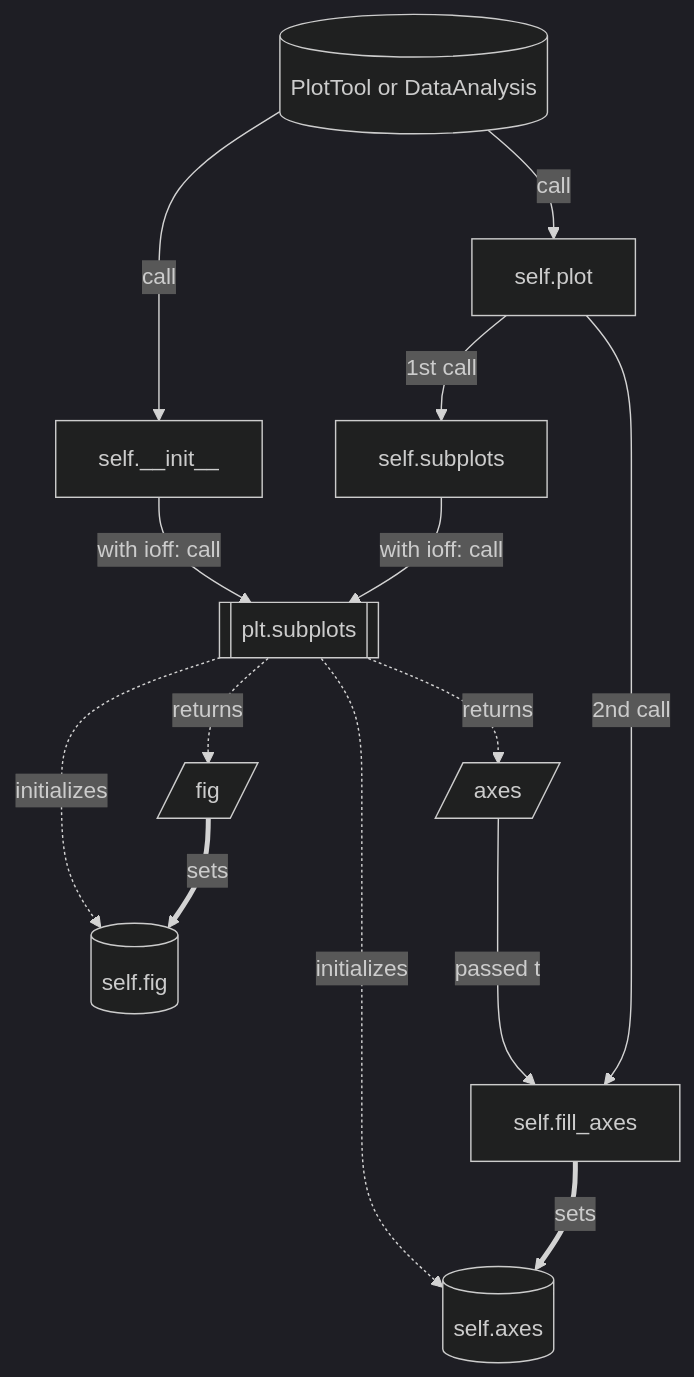
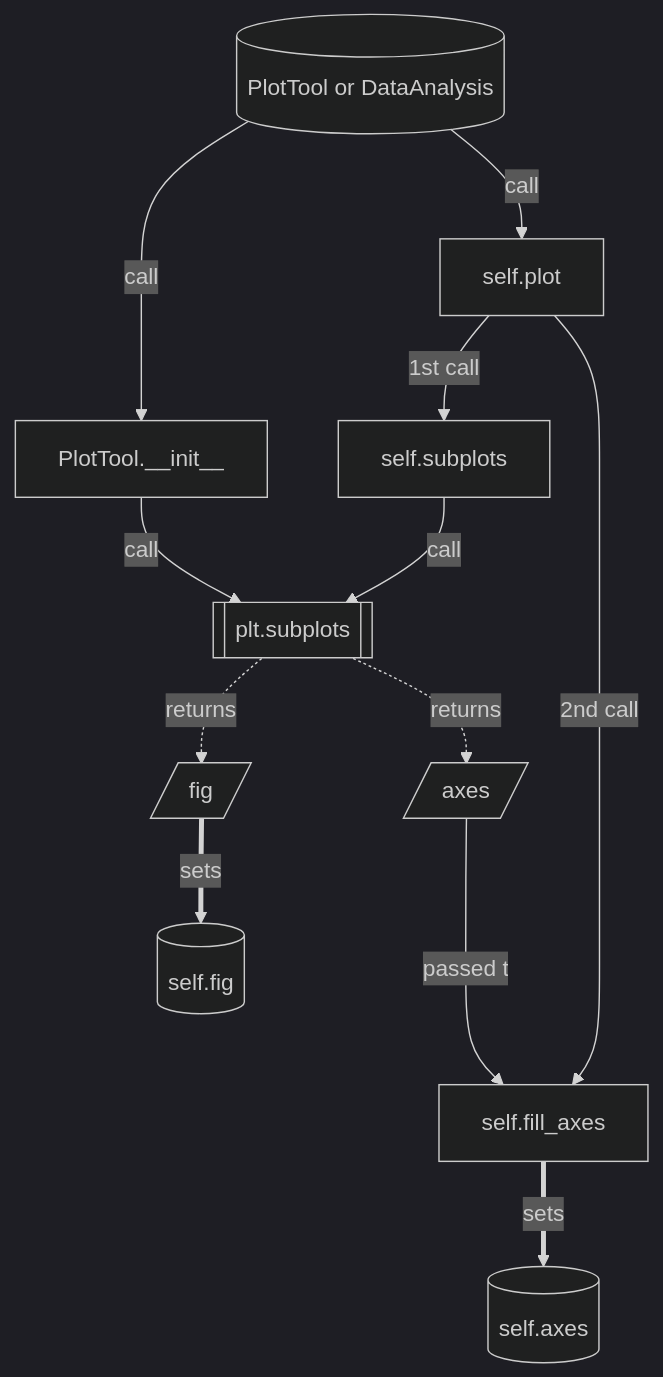
Before and after one commit to markur4/plotastic: the second of 2 diagrams in README.md, drawn with Mermaid (dark theme). The commit also changed 6 other files, not shown here.

````diff
--- a/README.md
+++ b/README.md
@@ -358,46 +358,46 @@
 ```mermaid
 
 
 
 flowchart TD
     PT[(PlotTool or DataAnalysis)]
     self.fig[(self.fig)] 
     self.axes[(self.axes)]
     self.subplots[self.subplots]
 
 
     %% INIT PATH
-    init[self.__init__]
+    init[PlotTool.__init__ ]
     plt.subplots[[plt.subplots]] 
 
     %%ioff[/ioff/]
     %%figax[/fig, axes/]
 
-    PT --call--> init --with ioff: call--> plt.subplots
-    plt.subplots -.initializes.-> self.fig & self.axes
+    PT --call--> init -- call--> plt.subplots
+    %% plt.subplots -.initializes.-> self.fig & self.axes
 
     %% SUBPLOTS PATH
     plt.subplots[[plt.subplots]] 
     %%ioff2[/ioff/]
     %%PT --call--> 
     
-    self.subplots --with ioff: call-->plt.subplots
+    self.subplots --call-->plt.subplots
     plt.subplots -.returns.-> fig[/fig/] & axes[/axes/]
 
     %% PLOT PATH
     self.plot[self.plot]
     self.fill_axes[self.fill_axes]
     %%axes2[/axes/]
     PT --call--> self.plot --1st call--> self.subplots
     axes --passed to--> self.fill_axes
     self.plot --2nd call--> self.fill_axes
 
     fig ==sets==> self.fig
     self.fill_axes ==sets==> self.axes 
 
 
     %%PT --call---> init --call---> s.subplots --call---> p.subplots
     %% p.subplots --fig, axes---> PT
 
 
 ```
````
